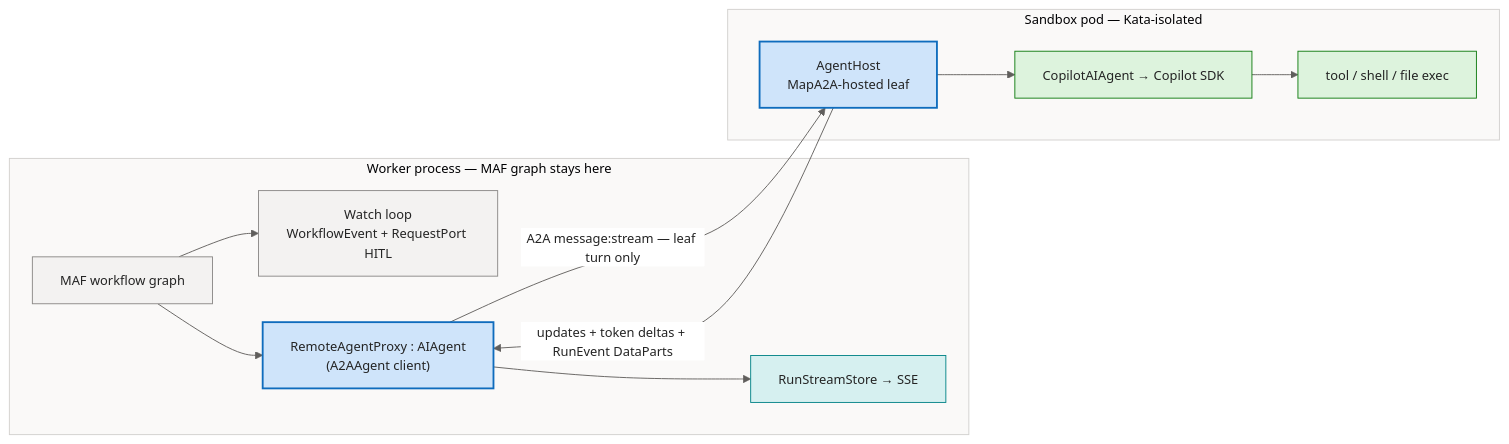
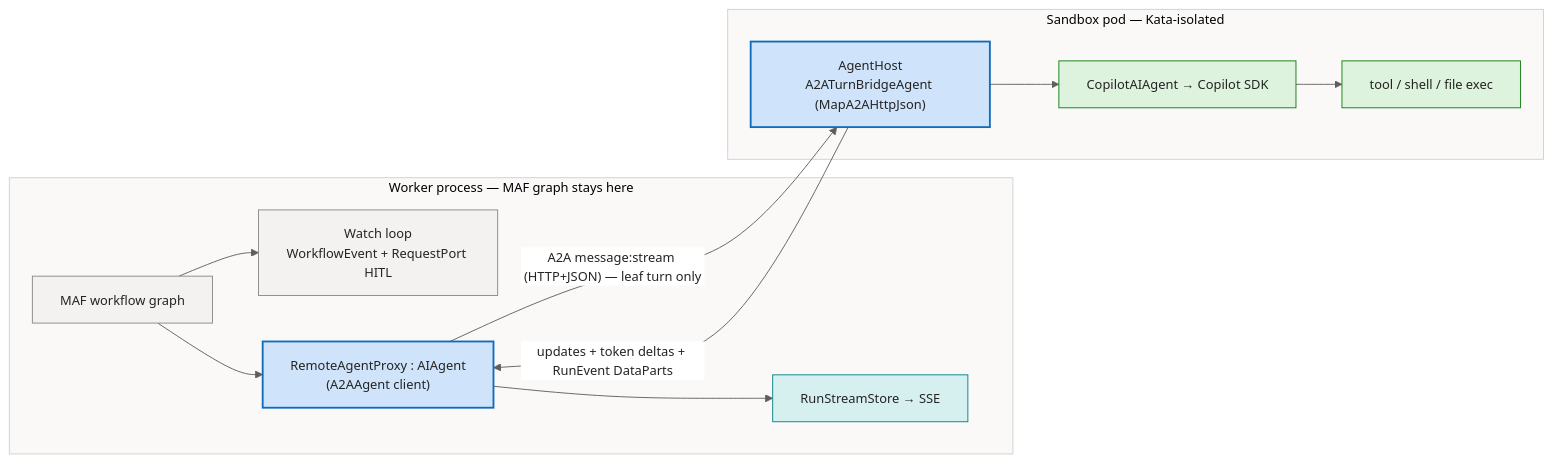
Before and after one commit to sabbour/agentweaver: the first of 3 diagrams in docs/deep-dive/a2a-bridge.md, drawn with Mermaid. The commit also changed other lines of this file and 83 other files, not shown here.

````diff
--- a/docs/deep-dive/a2a-bridge.md
+++ b/docs/deep-dive/a2a-bridge.md
@@ -30,36 +30,36 @@
 ```mermaid
 %%{init: {'theme':'base','themeVariables':{'fontFamily':'Segoe UI, system-ui, -apple-system, sans-serif','fontSize':'14px','primaryColor':'#E8EEF9','primaryBorderColor':'#0F6CBD','primaryTextColor':'#242424','lineColor':'#605E5C','clusterBkg':'#FAF9F8','clusterBorder':'#D2D0CE','edgeLabelBackground':'#FFFFFF'}}}%%
 flowchart LR
     subgraph Worker["Worker process — MAF graph stays here"]
         Graph["MAF workflow graph"]
         Watch["Watch loop<br/>WorkflowEvent + RequestPort HITL"]
         Proxy["RemoteAgentProxy : AIAgent<br/>(A2AAgent client)"]
         Stream["RunStreamStore → SSE"]
         Graph --> Watch
         Graph --> Proxy
         Proxy --> Stream
     end
     subgraph Pod["Sandbox pod — Kata-isolated"]
-        Host["AgentHost<br/>MapA2A-hosted leaf"]
+        Host["AgentHost<br/>A2ATurnBridgeAgent (MapA2AHttpJson)"]
         Copilot["CopilotAIAgent → Copilot SDK"]
         Tools["tool / shell / file exec"]
         Host --> Copilot --> Tools
     end
-    Proxy -- "A2A message:stream — leaf turn only" --> Host
+    Proxy -- "A2A message:stream (HTTP+JSON) — leaf turn only" --> Host
     Host -- "updates + token deltas + RunEvent DataParts" --> Proxy
 
     classDef client fill:#E8EEF9,stroke:#0F6CBD,stroke-width:1px,color:#242424;
     classDef svc fill:#F3F2F1,stroke:#8A8886,stroke-width:1px,color:#242424;
     classDef core fill:#CFE4FA,stroke:#0F6CBD,stroke-width:2px,color:#242424;
     classDef data fill:#FFF4CE,stroke:#C19C00,stroke-width:1px,color:#242424;
     classDef ext fill:#F0E8F8,stroke:#8764B8,stroke-width:1px,color:#242424;
     classDef runtime fill:#DDF3DD,stroke:#107C10,stroke-width:1px,color:#242424;
     classDef evt fill:#D6F0F0,stroke:#038387,stroke-width:1px,color:#242424;
     class Graph svc;
     class Watch svc;
     class Proxy core;
     class Stream evt;
     class Host core;
     class Copilot runtime;
     class Tools runtime;
 ```
````
